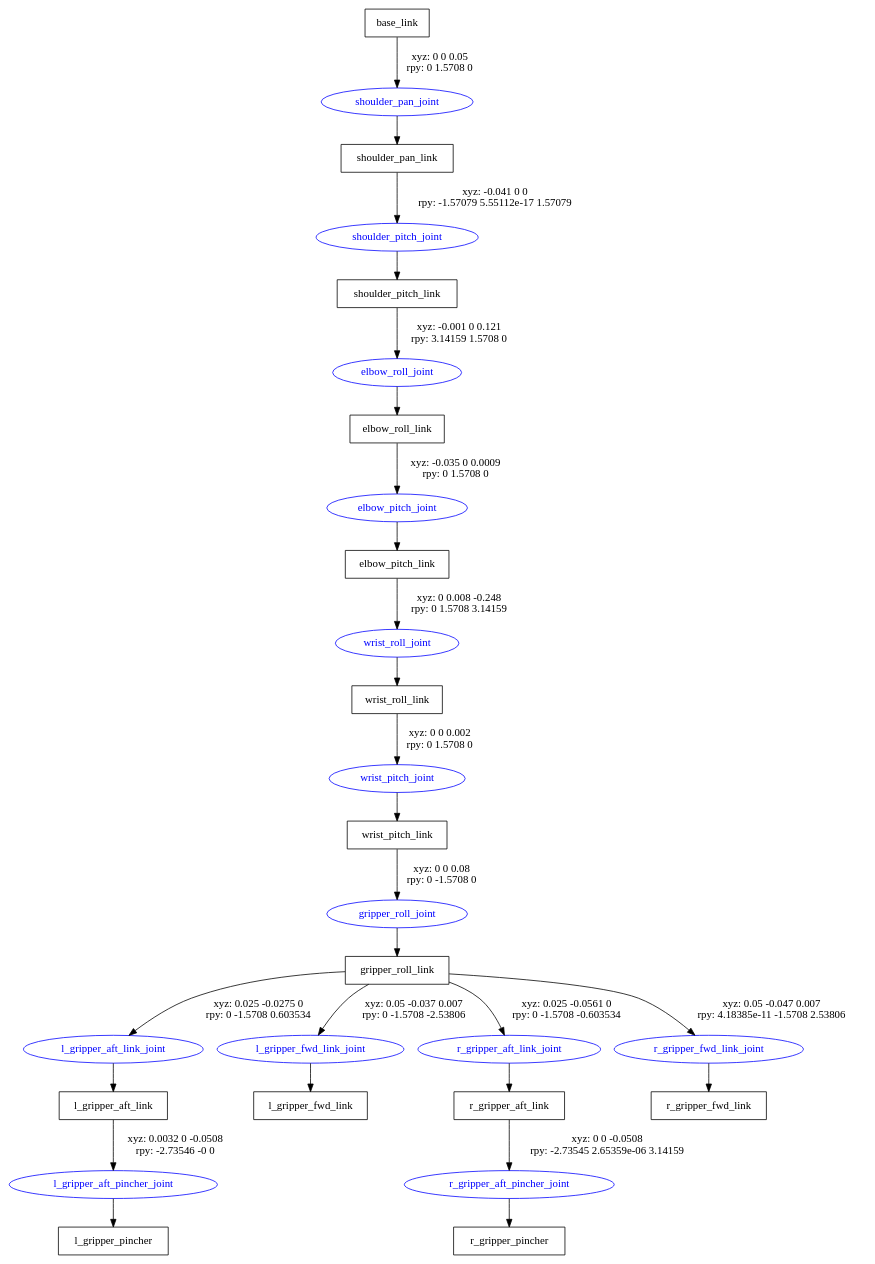
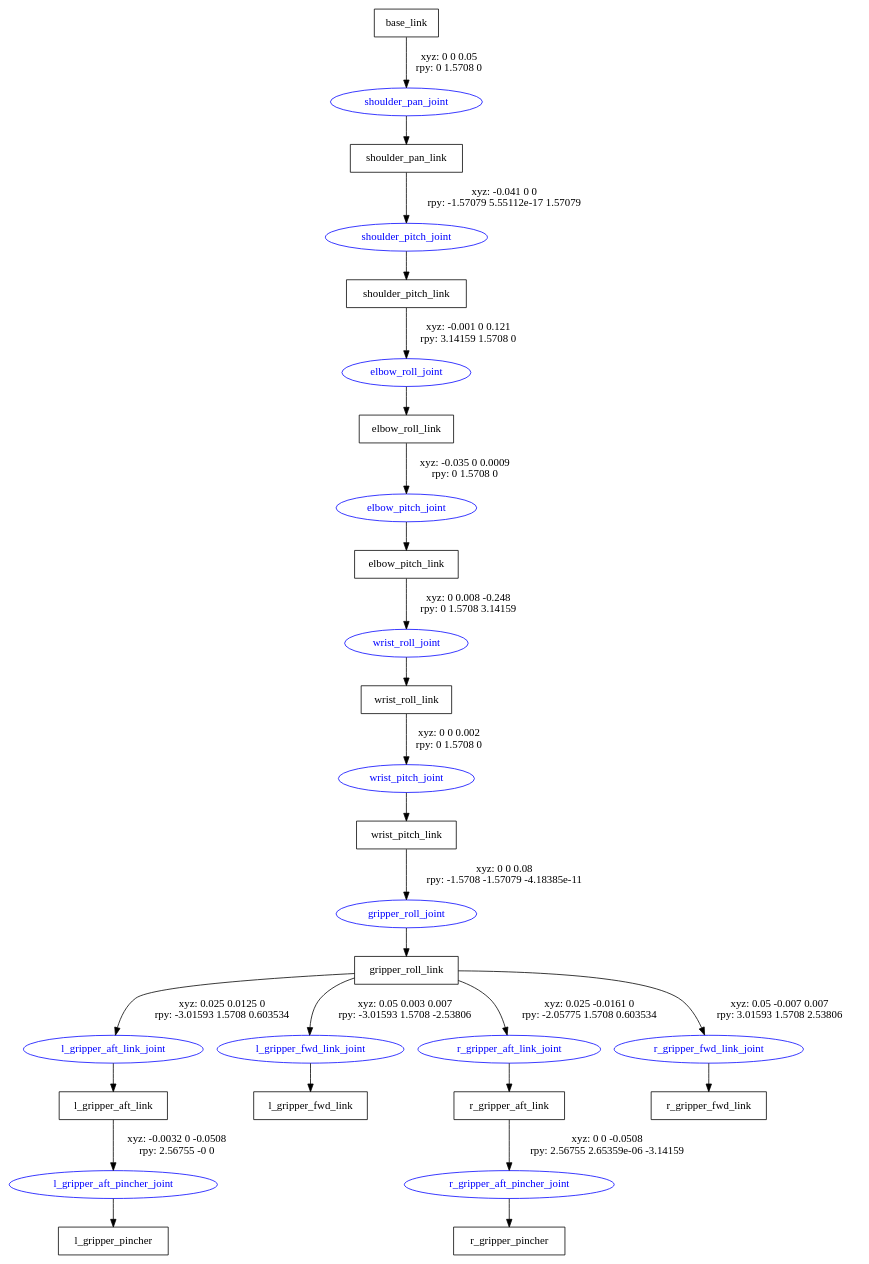
Before and after one commit to davetcoleman/clam_rosbuild: the diagram in clam_description/urdf/clam.gv, drawn with Graphviz. The commit also changed 3 other files, not shown here.

Commit message:
Created technical diagram

```diff
--- a/clam_description/urdf/clam.gv
+++ b/clam_description/urdf/clam.gv
@@ -1,44 +1,44 @@
 digraph G {
 node [shape=box];
 "base_link" [label="base_link"];
 "shoulder_pan_link" [label="shoulder_pan_link"];
 "shoulder_pitch_link" [label="shoulder_pitch_link"];
 "elbow_roll_link" [label="elbow_roll_link"];
 "elbow_pitch_link" [label="elbow_pitch_link"];
 "wrist_roll_link" [label="wrist_roll_link"];
 "wrist_pitch_link" [label="wrist_pitch_link"];
 "gripper_roll_link" [label="gripper_roll_link"];
 "l_gripper_aft_link" [label="l_gripper_aft_link"];
 "l_gripper_pincher" [label="l_gripper_pincher"];
 "l_gripper_fwd_link" [label="l_gripper_fwd_link"];
 "r_gripper_aft_link" [label="r_gripper_aft_link"];
 "r_gripper_pincher" [label="r_gripper_pincher"];
 "r_gripper_fwd_link" [label="r_gripper_fwd_link"];
 node [shape=ellipse, color=blue, fontcolor=blue];
 "base_link" -> "shoulder_pan_joint" [label="xyz: 0 0 0.05 \nrpy: 0 1.5708 0"]
 "shoulder_pan_joint" -> "shoulder_pan_link"
 "shoulder_pan_link" -> "shoulder_pitch_joint" [label="xyz: -0.041 0 0 \nrpy: -1.57079 5.55112e-17 1.57079"]
 "shoulder_pitch_joint" -> "shoulder_pitch_link"
 "shoulder_pitch_link" -> "elbow_roll_joint" [label="xyz: -0.001 0 0.121 \nrpy: 3.14159 1.5708 0"]
 "elbow_roll_joint" -> "elbow_roll_link"
 "elbow_roll_link" -> "elbow_pitch_joint" [label="xyz: -0.035 0 0.0009 \nrpy: 0 1.5708 0"]
 "elbow_pitch_joint" -> "elbow_pitch_link"
 "elbow_pitch_link" -> "wrist_roll_joint" [label="xyz: 0 0.008 -0.248 \nrpy: 0 1.5708 3.14159"]
 "wrist_roll_joint" -> "wrist_roll_link"
 "wrist_roll_link" -> "wrist_pitch_joint" [label="xyz: 0 0 0.002 \nrpy: 0 1.5708 0"]
 "wrist_pitch_joint" -> "wrist_pitch_link"
-"wrist_pitch_link" -> "gripper_roll_joint" [label="xyz: 0 0 0.08 \nrpy: 0 -1.5708 0"]
+"wrist_pitch_link" -> "gripper_roll_joint" [label="xyz: 0 0 0.08 \nrpy: -1.5708 -1.57079 -4.18385e-11"]
 "gripper_roll_joint" -> "gripper_roll_link"
-"gripper_roll_link" -> "l_gripper_aft_link_joint" [label="xyz: 0.025 -0.0275 0 \nrpy: 0 -1.5708 0.603534"]
+"gripper_roll_link" -> "l_gripper_aft_link_joint" [label="xyz: 0.025 0.0125 0 \nrpy: -3.01593 1.5708 0.603534"]
 "l_gripper_aft_link_joint" -> "l_gripper_aft_link"
-"l_gripper_aft_link" -> "l_gripper_aft_pincher_joint" [label="xyz: 0.0032 0 -0.0508 \nrpy: -2.73546 -0 0"]
+"l_gripper_aft_link" -> "l_gripper_aft_pincher_joint" [label="xyz: -0.0032 0 -0.0508 \nrpy: 2.56755 -0 0"]
 "l_gripper_aft_pincher_joint" -> "l_gripper_pincher"
-"gripper_roll_link" -> "l_gripper_fwd_link_joint" [label="xyz: 0.05 -0.037 0.007 \nrpy: 0 -1.5708 -2.53806"]
+"gripper_roll_link" -> "l_gripper_fwd_link_joint" [label="xyz: 0.05 0.003 0.007 \nrpy: -3.01593 1.5708 -2.53806"]
 "l_gripper_fwd_link_joint" -> "l_gripper_fwd_link"
-"gripper_roll_link" -> "r_gripper_aft_link_joint" [label="xyz: 0.025 -0.0561 0 \nrpy: 0 -1.5708 -0.603534"]
+"gripper_roll_link" -> "r_gripper_aft_link_joint" [label="xyz: 0.025 -0.0161 0 \nrpy: -2.05775 1.5708 0.603534"]
 "r_gripper_aft_link_joint" -> "r_gripper_aft_link"
-"r_gripper_aft_link" -> "r_gripper_aft_pincher_joint" [label="xyz: 0 0 -0.0508 \nrpy: -2.73545 2.65359e-06 3.14159"]
+"r_gripper_aft_link" -> "r_gripper_aft_pincher_joint" [label="xyz: 0 0 -0.0508 \nrpy: 2.56755 2.65359e-06 -3.14159"]
 "r_gripper_aft_pincher_joint" -> "r_gripper_pincher"
-"gripper_roll_link" -> "r_gripper_fwd_link_joint" [label="xyz: 0.05 -0.047 0.007 \nrpy: 4.18385e-11 -1.5708 2.53806"]
+"gripper_roll_link" -> "r_gripper_fwd_link_joint" [label="xyz: 0.05 -0.007 0.007 \nrpy: 3.01593 1.5708 2.53806"]
 "r_gripper_fwd_link_joint" -> "r_gripper_fwd_link"
 }
```
